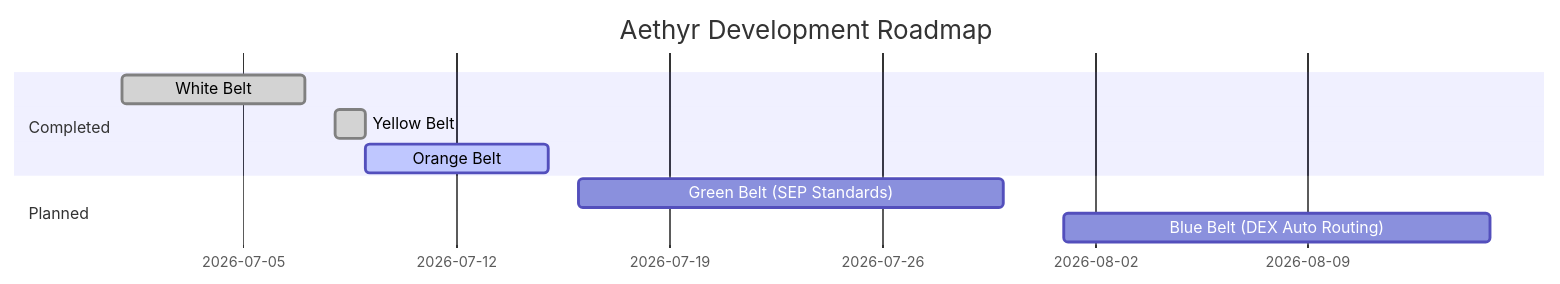
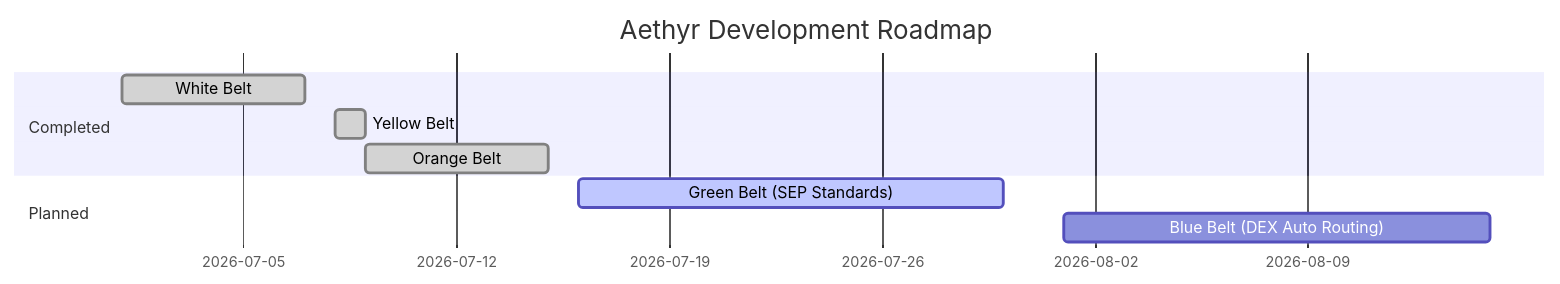
The second of 2 diagrams in README.md (pablo-pica/aether), drawn with Mermaid before and after one commit. The commit also changed other lines of this file, not shown here.

Commit message:
docs: relocate visual showcase, update demo video to YouTube, and mark Orange Belt complete

````diff
--- a/README.md
+++ b/README.md
@@ -369,12 +374,12 @@
 ```mermaid
 gantt
     title Aethyr Development Roadmap
     dateFormat  YYYY-MM-DD
     section Completed
     White Belt :done, 2026-07-01, 2026-07-07
     Yellow Belt :done, 2026-07-08, 2026-07-09
-    Orange Belt :active, 2026-07-09, 2026-07-15
+    Orange Belt :done, 2026-07-09, 2026-07-15
     section Planned
-    Green Belt (SEP Standards) :2026-07-16, 2026-07-30
+    Green Belt (SEP Standards) :active, 2026-07-16, 2026-07-30
     Blue Belt (DEX Auto Routing) :2026-08-01, 2026-08-15
 ```
````
